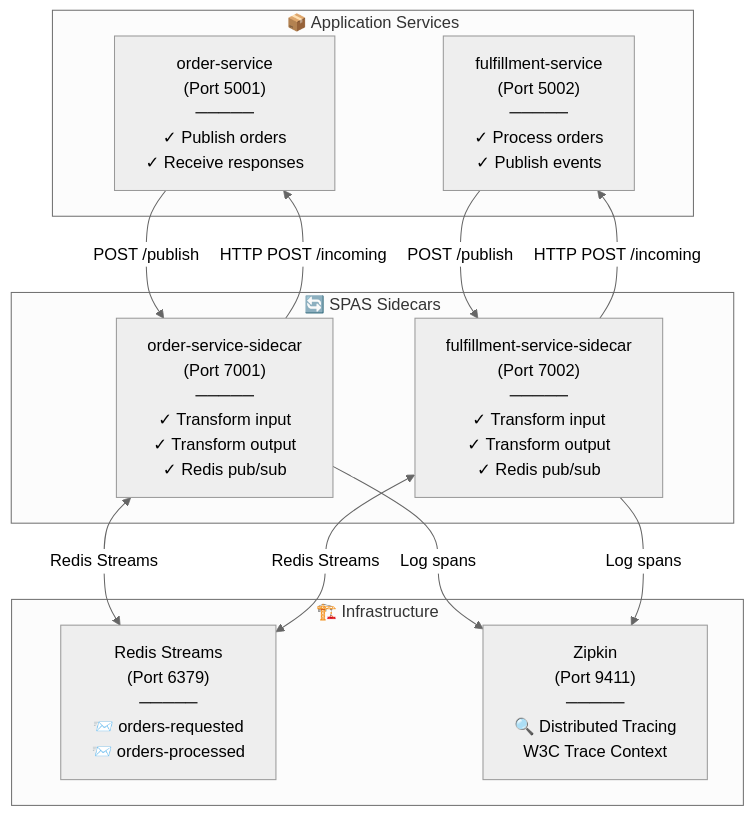
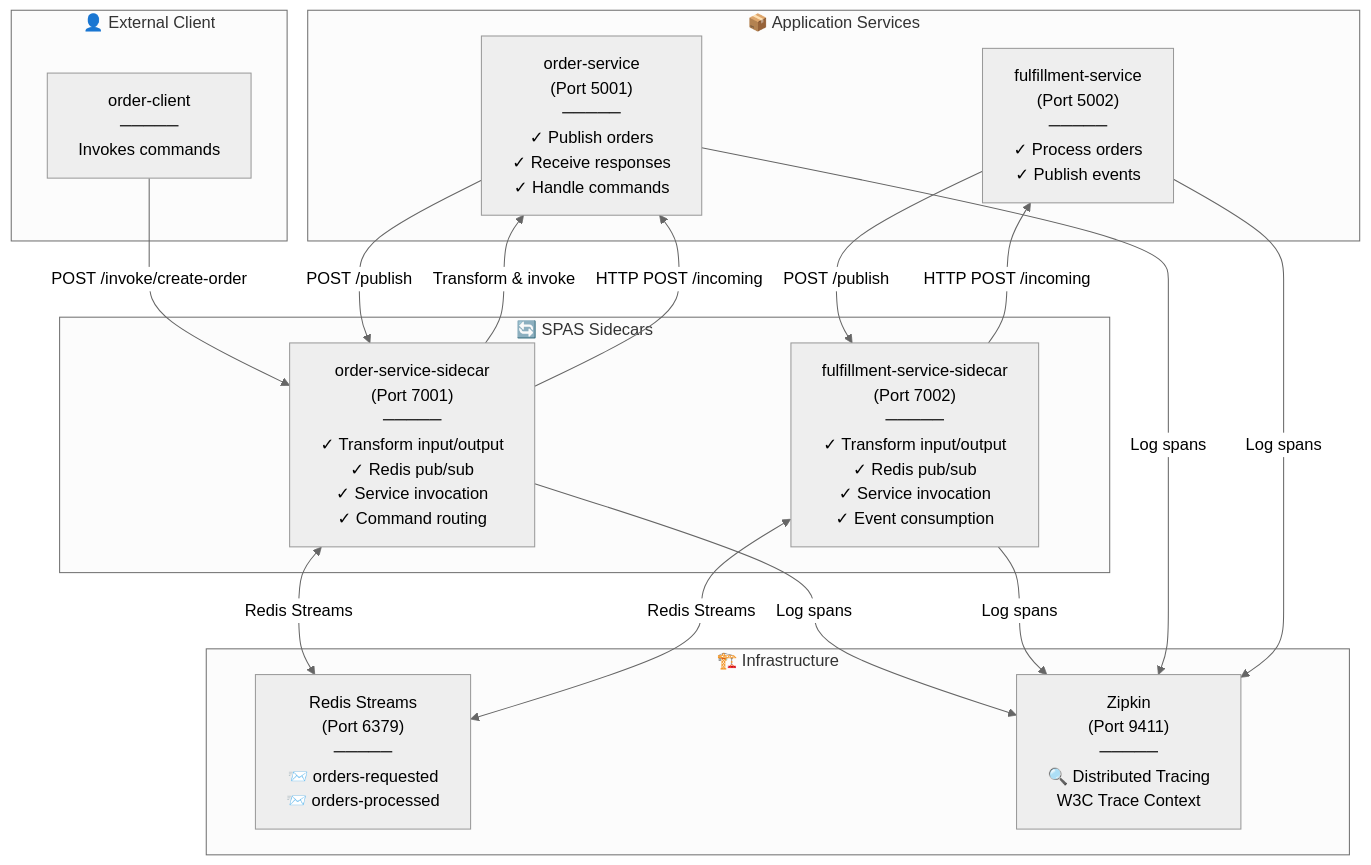
One commit to filozofira/spas changed the first of 8 diagrams in prototypes/spas-sidecar-prototype/ARCHITECTURE.md. Above: the diagram before and after it, drawn with Mermaid (neutral theme). The commit also changed other lines of this file and 1 other file, not shown here.

````diff
--- a/prototypes/spas-sidecar-prototype/ARCHITECTURE.md
+++ b/prototypes/spas-sidecar-prototype/ARCHITECTURE.md
@@ -5,29 +5,38 @@
 ```mermaid
 graph TB
     subgraph Services["📦 Application Services"]
-        OrderSvc["order-service<br/>(Port 5001)<br/>─────<br/>✓ Publish orders<br/>✓ Receive responses"]
+        OrderSvc["order-service<br/>(Port 5001)<br/>─────<br/>✓ Publish orders<br/>✓ Receive responses<br/>✓ Handle commands"]
         FulfillmentSvc["fulfillment-service<br/>(Port 5002)<br/>─────<br/>✓ Process orders<br/>✓ Publish events"]
     end
     
     subgraph Sidecars["🔄 SPAS Sidecars"]
-        OrderSidecar["order-service-sidecar<br/>(Port 7001)<br/>─────<br/>✓ Transform input<br/>✓ Transform output<br/>✓ Redis pub/sub"]
-        FulfillmentSidecar["fulfillment-service-sidecar<br/>(Port 7002)<br/>─────<br/>✓ Transform input<br/>✓ Transform output<br/>✓ Redis pub/sub"]
+        OrderSidecar["order-service-sidecar<br/>(Port 7001)<br/>─────<br/>✓ Transform input/output<br/>✓ Redis pub/sub<br/>✓ Service invocation<br/>✓ Command routing"]
+        FulfillmentSidecar["fulfillment-service-sidecar<br/>(Port 7002)<br/>─────<br/>✓ Transform input/output<br/>✓ Redis pub/sub<br/>✓ Service invocation<br/>✓ Event consumption"]
     end
     
     subgraph Infrastructure["🏗️ Infrastructure"]
         Redis["Redis Streams<br/>(Port 6379)<br/>─────<br/>📨 orders-requested<br/>📨 orders-processed"]
         Zipkin["Zipkin<br/>(Port 9411)<br/>─────<br/>🔍 Distributed Tracing<br/>W3C Trace Context"]
     end
+    
+    subgraph Client["👤 External Client"]
+        OrderClient["order-client<br/>─────<br/>Invokes commands"]
+    end
+    
+    OrderClient -->|POST /invoke/create-order| OrderSidecar
+    OrderSidecar -->|Transform & invoke| OrderSvc
     
     OrderSvc -->|POST /publish| OrderSidecar
     OrderSidecar -->|HTTP POST /incoming| OrderSvc
     
     FulfillmentSvc -->|POST /publish| FulfillmentSidecar
     FulfillmentSidecar -->|HTTP POST /incoming| FulfillmentSvc
     
     OrderSidecar <-->|Redis Streams| Redis
     FulfillmentSidecar <-->|Redis Streams| Redis
     
     OrderSidecar -->|Log spans| Zipkin
     FulfillmentSidecar -->|Log spans| Zipkin
+    OrderSvc -->|Log spans| Zipkin
+    FulfillmentSvc -->|Log spans| Zipkin
 ```
````
